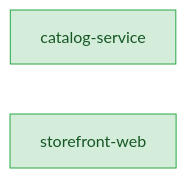
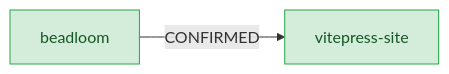
One commit to zoologov/beadloom changed the diagram in site/landscape.md. Above: the diagram before and after it, drawn with Mermaid. The commit also changed other lines of this file and 48 other files, not shown here.

First line of the commit message:
[BDL-041] feat: nav trees — Architecture collapsed+part_of-nested + Documentation tree (BEAD-11)

````diff
--- a/site/landscape.md
+++ b/site/landscape.md
@@ -11,12 +11,12 @@
 ```mermaid
 graph LR
-    n_catalog_service[catalog-service]
-    class n_catalog_service healthy
-    click n_catalog_service "/services/catalog-service"
-    n_storefront_web[storefront-web]
-    class n_storefront_web healthy
-    click n_storefront_web "/services/storefront-web"
+    n_beadloom[beadloom]
+    class n_beadloom healthy
+    click n_beadloom "/services/beadloom"
+    n_vitepress_site[vitepress-site]
+    class n_vitepress_site healthy
+    n_beadloom -->|CONFIRMED| n_vitepress_site
     classDef healthy fill:#d4edda,stroke:#28a745,color:#155724;
     classDef broken fill:#f8d7da,stroke:#dc3545,color:#721c24;
     classDef neutral fill:#e2e3e5,stroke:#6c757d,color:#383d41;
 ```
````
